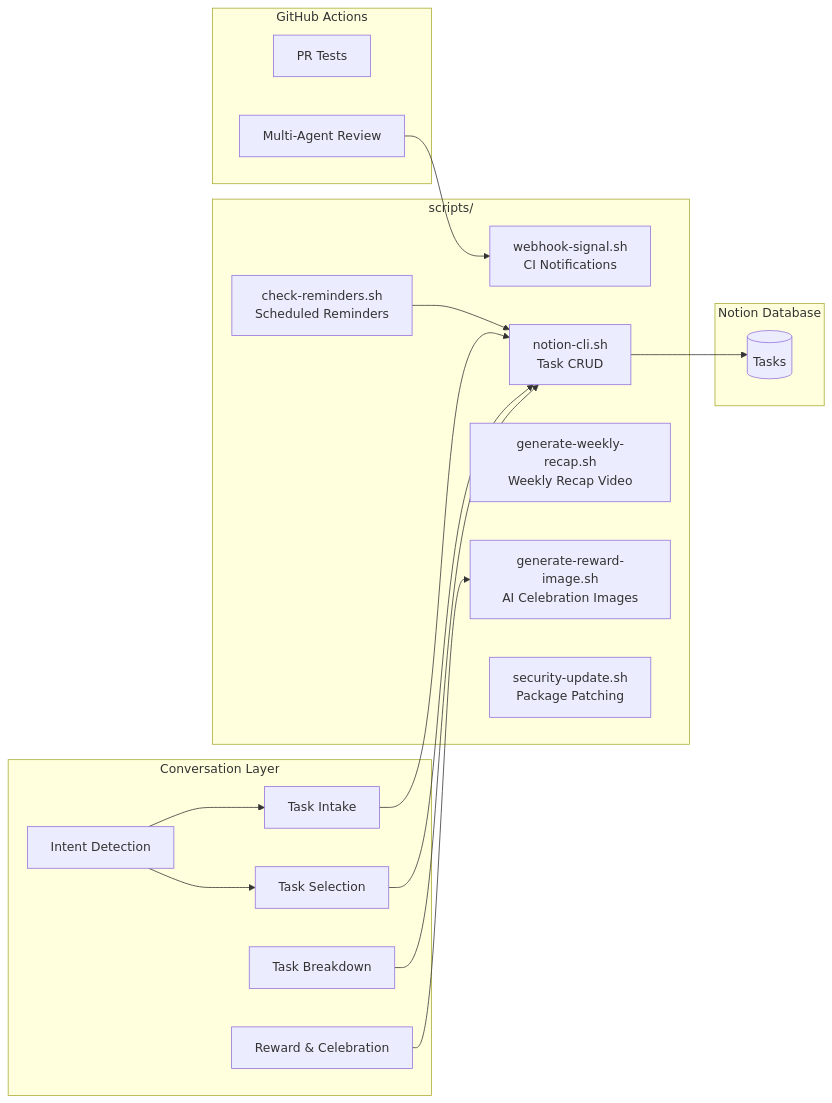
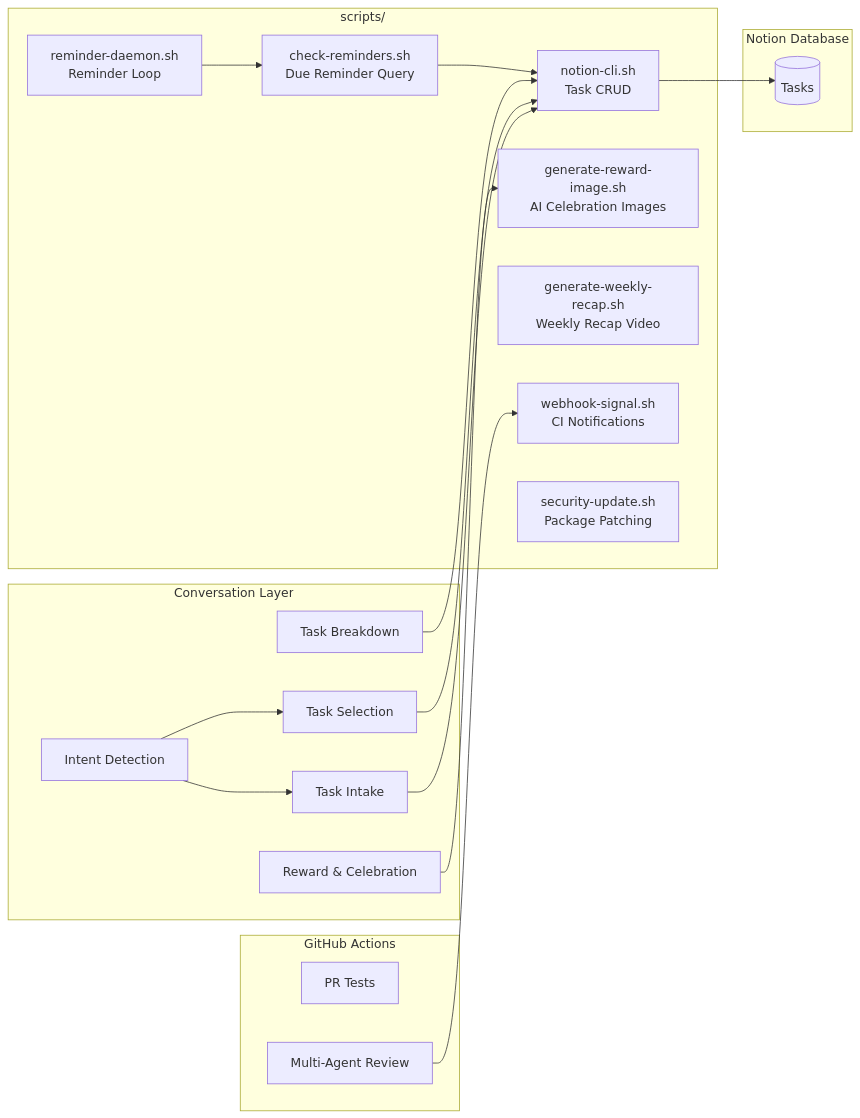
One commit to NickBorgersProbably/hide-my-list changed the second of 6 diagrams in docs/architecture.md. Above: the diagram before and after it, drawn with Mermaid. The commit also changed other lines of this file and 8 other files, not shown here.

First line of the commit message:
Replace GitHub Actions cron with local reminder daemon; fix review blockers

````diff
--- a/docs/architecture.md
+++ b/docs/architecture.md
@@ -59,38 +60,40 @@
 ```mermaid
 flowchart LR
     subgraph Prompts["Conversation Layer"]
         Intent[Intent Detection]
         Intake[Task Intake]
         Selection[Task Selection]
         Breakdown[Task Breakdown]
         Reward[Reward & Celebration]
     end
 
     subgraph Scripts["scripts/"]
         NotionCLI[notion-cli.sh<br/>Task CRUD]
         RewardImg[generate-reward-image.sh<br/>AI Celebration Images]
         RecapVid[generate-weekly-recap.sh<br/>Weekly Recap Video]
+        ReminderDaemon[reminder-daemon.sh<br/>Reminder Loop]
+        ReminderCheck[check-reminders.sh<br/>Due Reminder Query]
         WebhookSig[webhook-signal.sh<br/>CI Notifications]
-        ReminderChk[check-reminders.sh<br/>Scheduled Reminders]
         SecUpdate[security-update.sh<br/>Package Patching]
     end
 
     subgraph Storage["Notion Database"]
         Tasks[(Tasks)]
     end
 
     subgraph CI["GitHub Actions"]
         PRTests[PR Tests]
         Review[Multi-Agent Review]
     end
 
     Intent --> Intake
     Intent --> Selection
     Intake --> NotionCLI
     Selection --> NotionCLI
     NotionCLI --> Tasks
     Breakdown --> NotionCLI
     Reward --> RewardImg
-    ReminderChk --> NotionCLI
+    ReminderDaemon --> ReminderCheck
+    ReminderCheck --> NotionCLI
     Review --> WebhookSig
 ```
````
